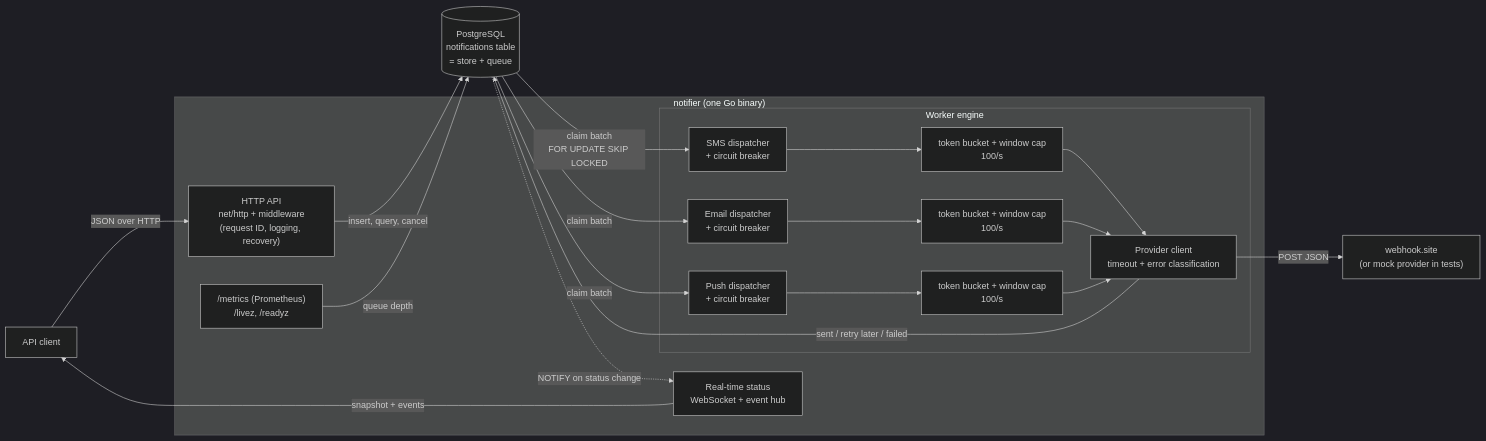
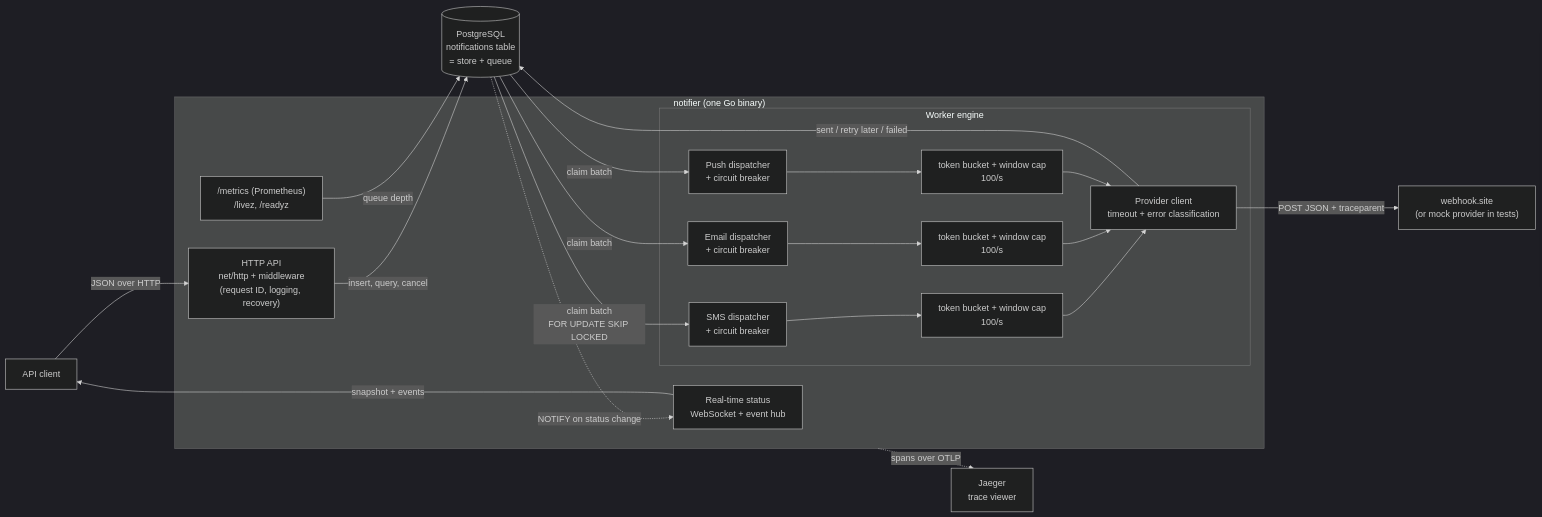
Before and after one commit to kaanismen/event-driven-notification-system: the first of 2 diagrams in docs/architecture.md, drawn with Mermaid (dark theme). The commit also changed other lines of this file and 6 other files, not shown here.

````diff
--- a/docs/architecture.md
+++ b/docs/architecture.md
@@ -12,29 +12,30 @@
 ```mermaid
 flowchart LR
     Client[API client] -->|JSON over HTTP| API
 
     subgraph App["notifier (one Go binary)"]
         API["HTTP API<br/>net/http + middleware<br/>(request ID, logging, recovery)"]
         Obs["/metrics (Prometheus)<br/>/livez, /readyz"]
         RT["Real-time status<br/>WebSocket + event hub"]
         subgraph Engine["Worker engine"]
             DS["SMS dispatcher<br/>+ circuit breaker"] --> LS["token bucket + window cap<br/>100/s"]
             DE["Email dispatcher<br/>+ circuit breaker"] --> LE["token bucket + window cap<br/>100/s"]
             DP["Push dispatcher<br/>+ circuit breaker"] --> LP["token bucket + window cap<br/>100/s"]
             LS --> PC
             LE --> PC
             LP --> PC
             PC["Provider client<br/>timeout + error classification"]
         end
     end
 
     API -->|insert, query, cancel| DB[("PostgreSQL<br/>notifications table<br/>= store + queue")]
     DB -->|claim batch<br/>FOR UPDATE SKIP LOCKED| DS
     DB -->|claim batch| DE
     DB -->|claim batch| DP
-    PC -->|POST JSON| Prov["webhook.site<br/>(or mock provider in tests)"]
+    PC -->|POST JSON + traceparent| Prov["webhook.site<br/>(or mock provider in tests)"]
+    App -.->|spans over OTLP| Jaeger["Jaeger<br/>trace viewer"]
     PC -->|sent / retry later / failed| DB
     Obs -->|queue depth| DB
     DB -.->|NOTIFY on status change| RT
     RT -->|snapshot + events| Client
 ```
````
